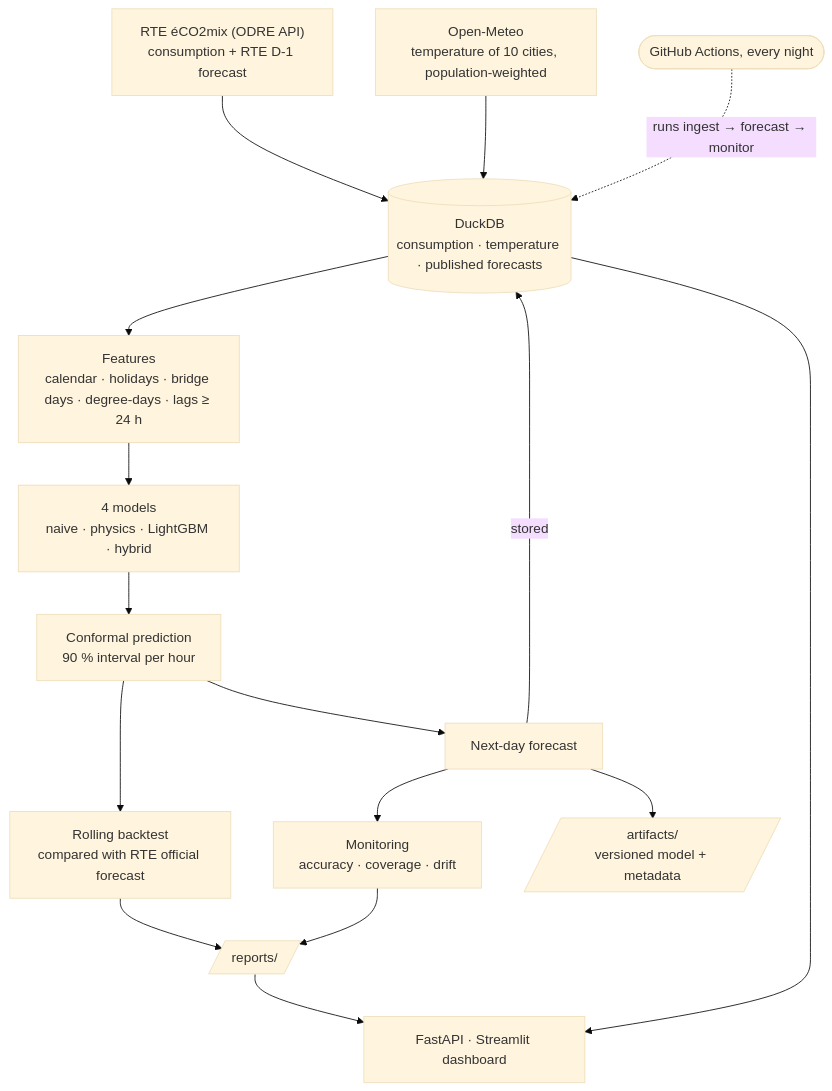
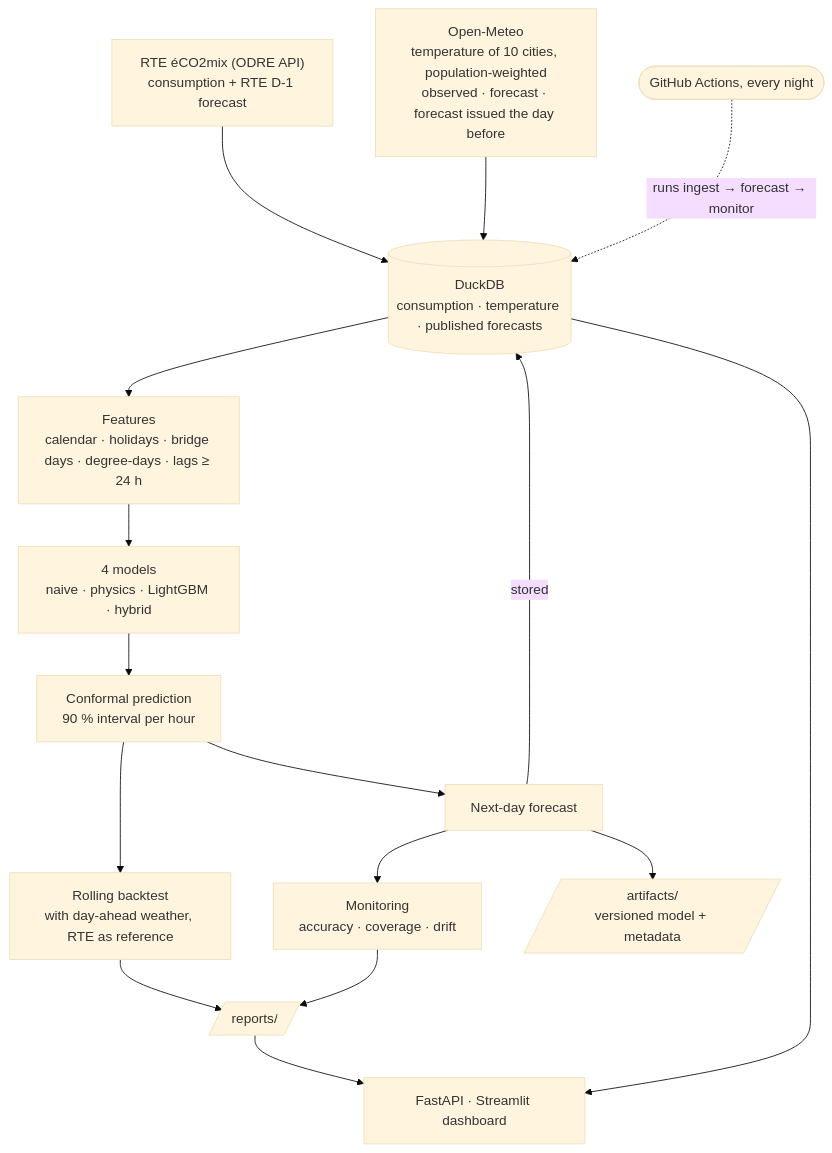
One commit to NHZ-DS/ELECTRICITE changed the first of 2 diagrams in README.md. Above: the diagram before and after it, drawn with Mermaid (base theme). The commit also changed other lines of this file, not shown here.

````diff
--- a/README.md
+++ b/README.md
@@ -40,24 +46,24 @@
 ```mermaid
 flowchart TB
     A["RTE éCO2mix (ODRE API)<br/>consumption + RTE D-1 forecast"] --> C
-    B["Open-Meteo<br/>temperature of 10 cities, population-weighted"] --> C
+    B["Open-Meteo<br/>temperature of 10 cities, population-weighted<br/>observed · forecast · forecast issued the day before"] --> C
     C[("DuckDB<br/>consumption · temperature · published forecasts")]
 
     C --> D["Features<br/>calendar · holidays · bridge days · degree-days · lags ≥ 24 h"]
     D --> E["4 models<br/>naive · physics · LightGBM · hybrid"]
     E --> F["Conformal prediction<br/>90 % interval per hour"]
 
-    F --> BT["Rolling backtest<br/>compared with RTE official forecast"]
+    F --> BT["Rolling backtest<br/>with day-ahead weather, RTE as reference"]
     F --> FC["Next-day forecast"]
     FC --> MON["Monitoring<br/>accuracy · coverage · drift"]
 
     BT --> R[/"reports/"/]
     MON --> R
     FC --> S[/"artifacts/<br/>versioned model + metadata"/]
     FC -->|stored| C
 
     R --> SERVE["FastAPI · Streamlit dashboard"]
     C --> SERVE
 
     CRON(["GitHub Actions, every night"]) -.->|runs ingest → forecast → monitor| C
 ```
````
